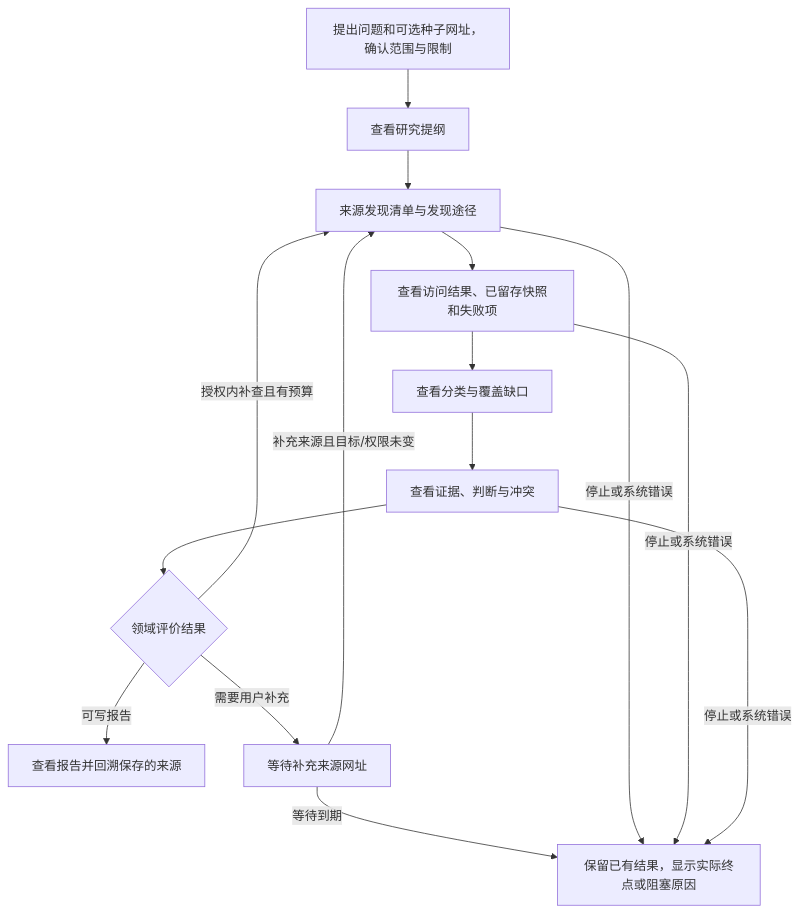
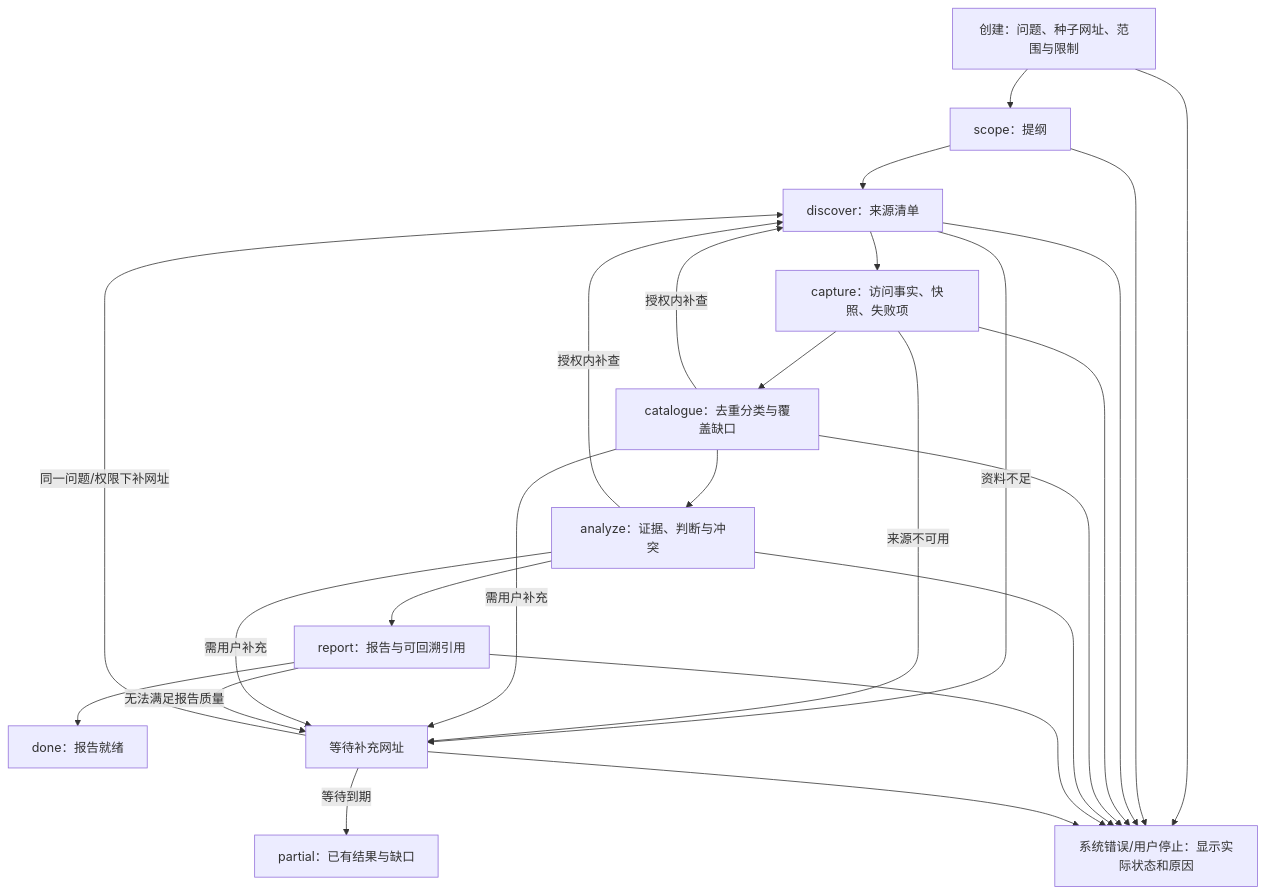
The first of 3 diagrams in docs/design/1-minimal-research-loop.md (xforce-io/inquiry), drawn with Mermaid before and after one commit. The commit also changed other lines of this file and 27 other files, not shown here.

````diff
--- a/docs/design/1-minimal-research-loop.md
+++ b/docs/design/1-minimal-research-loop.md
@@ -90,17 +53,27 @@
 ```mermaid
 flowchart TD
-  A[提出问题和可选种子网址，确认范围与限制] --> B[查看研究提纲]
-  B --> C[来源发现清单与发现途径]
-  C --> D[查看访问结果、已留存快照和失败项]
-  D --> E[查看分类与覆盖缺口]
-  E --> F[查看证据、判断与冲突]
-  F --> G{领域评价结果}
-  G -- 可写报告 --> H[查看报告并回溯保存的来源]
-  G -- 授权内补查且有预算 --> C
-  G -- 需要用户补充 --> I[等待补充来源网址]
-  I -- 补充来源且目标/权限未变 --> C
-  I -- 等待到期 --> J[保留已有结果，显示实际终点或阻塞原因]
-  C -- 停止或系统错误 --> J
-  D -- 停止或系统错误 --> J
-  F -- 停止或系统错误 --> J
+  A[创建：问题、种子网址、范围与限制] --> B[scope：提纲]
+  B --> C[discover：来源清单]
+  C --> D[capture：访问事实、快照、失败项]
+  D --> E[catalogue：去重分类与覆盖缺口]
+  E --> F[analyze：证据、判断与冲突]
+  F --> G[report：报告与可回溯引用]
+  G --> H[done：报告就绪]
+  E -->|授权内补查| C
+  F -->|授权内补查| C
+  C -->|资料不足| W[等待补充网址]
+  D -->|来源不可用| W
+  E -->|需用户补充| W
+  F -->|需用户补充| W
+  G -->|无法满足报告质量| W
+  W -->|同一问题/权限下补网址| C
+  W -->|等待到期| P[partial：已有结果与缺口]
+  A --> X[系统错误/用户停止：显示实际状态和原因]
+  B --> X
+  C --> X
+  D --> X
+  E --> X
+  F --> X
+  G --> X
+  W --> X
 ```
````
